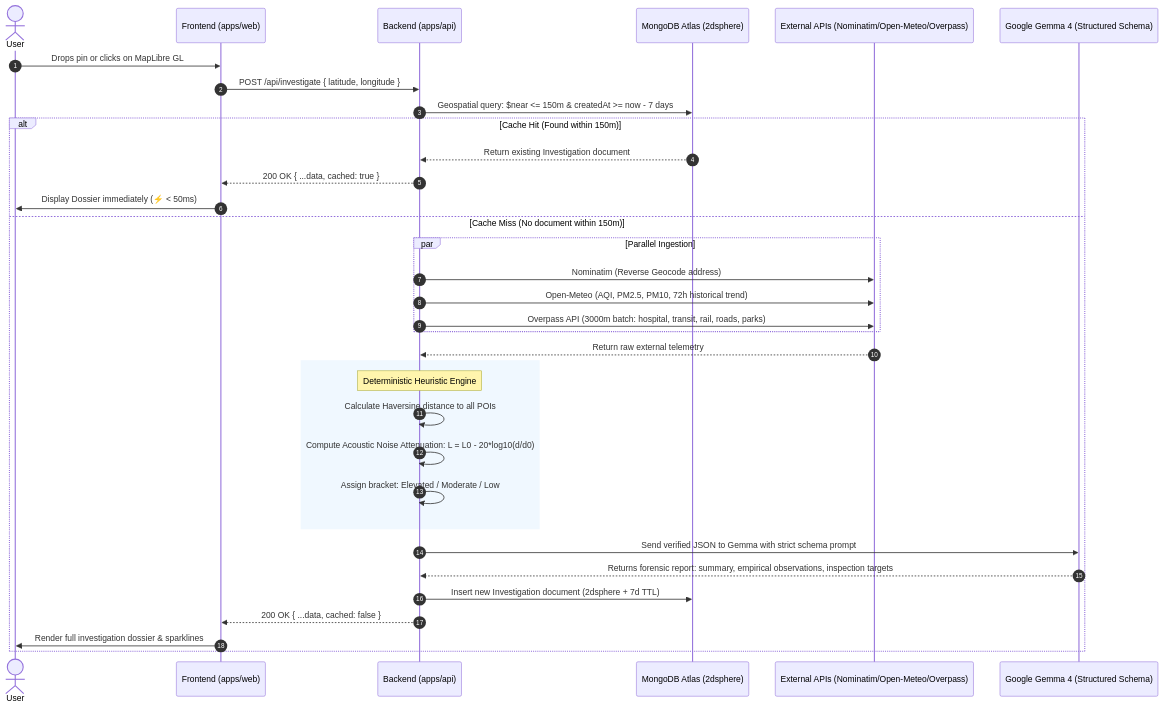
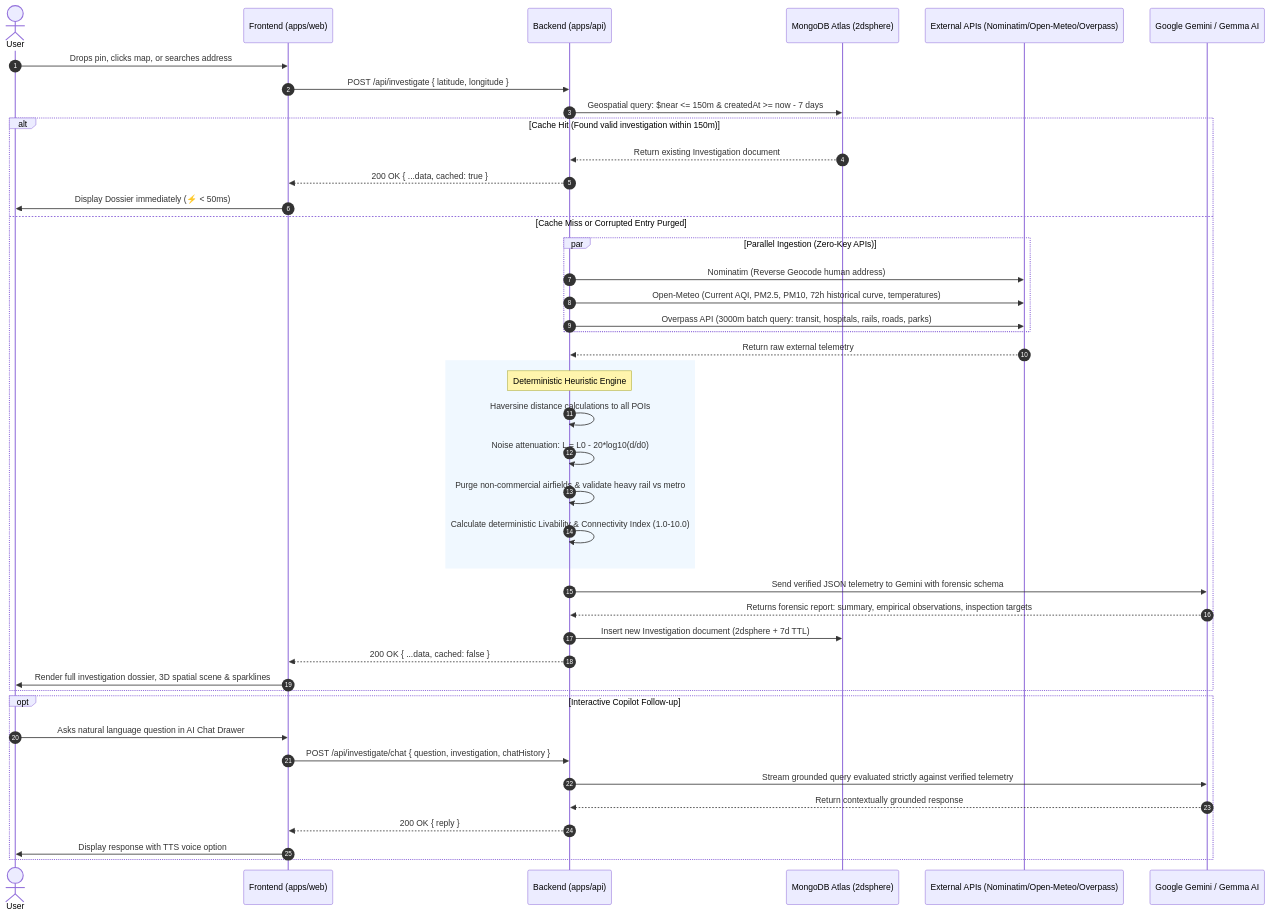
The diagram in ARCHITECTURE.md (Swapnanil-github69/Zonalyze), drawn with Mermaid before and after one commit. The commit also changed other lines of this file and 1 other file, not shown here.

Commit message:
docs: update architecture documentation and add investigate routes endpoint

````diff
--- a/ARCHITECTURE.md
+++ b/ARCHITECTURE.md
@@ -70,41 +82,52 @@
 ```mermaid
 sequenceDiagram
     autonumber
     actor User as User
     participant Web as Frontend (apps/web)
     participant API as Backend (apps/api)
     participant DB as MongoDB Atlas (2dsphere)
     participant Ext as External APIs (Nominatim/Open-Meteo/Overpass)
-    participant AI as Google Gemma 4 (Structured Schema)
+    participant AI as Google Gemini / Gemma AI
 
-    User->>Web: Drops pin or clicks on MapLibre GL
+    User->>Web: Drops pin, clicks map, or searches address
     Web->>API: POST /api/investigate { latitude, longitude }
+
     API->>DB: Geospatial query: $near <= 150m & createdAt >= now - 7 days
 
-    alt Cache Hit (Found within 150m)
+    alt Cache Hit (Found valid investigation within 150m)
         DB-->>API: Return existing Investigation document
         API-->>Web: 200 OK { ...data, cached: true }
         Web->>User: Display Dossier immediately (⚡ < 50ms)
-    else Cache Miss (No document within 150m)
-        par Parallel Ingestion
-            API->>Ext: Nominatim (Reverse Geocode address)
-            API->>Ext: Open-Meteo (AQI, PM2.5, PM10, 72h historical trend)
-            API->>Ext: Overpass API (3000m batch: hospital, transit, rail, roads, parks)
+    else Cache Miss or Corrupted Entry Purged
+        par Parallel Ingestion (Zero-Key APIs)
+            API->>Ext: Nominatim (Reverse Geocode human address)
+            API->>Ext: Open-Meteo (Current AQI, PM2.5, PM10, 72h historical curve, temperatures)
+            API->>Ext: Overpass API (3000m batch query: transit, hospitals, rails, roads, parks)
         end
         Ext-->>API: Return raw external telemetry
 
         rect rgb(240, 248, 255)
             Note over API: Deterministic Heuristic Engine
-            API->>API: Calculate Haversine distance to all POIs
-            API->>API: Compute Acoustic Noise Attenuation: L = L0 - 20*log10(d/d0)
-            API->>API: Assign bracket: Elevated / Moderate / Low
+            API->>API: Haversine distance calculations to all POIs
+            API->>API: Noise attenuation: L = L0 - 20*log10(d/d0)
+            API->>API: Purge non-commercial airfields & validate heavy rail vs metro
+            API->>API: Calculate deterministic Livability & Connectivity Index (1.0-10.0)
         end
 
-        API->>AI: Send verified JSON to Gemma with strict schema prompt
+        API->>AI: Send verified JSON telemetry to Gemini with forensic schema
         AI-->>API: Returns forensic report: summary, empirical observations, inspection targets
 
         API->>DB: Insert new Investigation document (2dsphere + 7d TTL)
         API-->>Web: 200 OK { ...data, cached: false }
-        Web->>User: Render full investigation dossier & sparklines
+        Web->>User: Render full investigation dossier, 3D spatial scene & sparklines
+    end
+
+    opt Interactive Copilot Follow-up
+        User->>Web: Asks natural language question in AI Chat Drawer
+        Web->>API: POST /api/investigate/chat { question, investigation, chatHistory }
+        API->>AI: Stream grounded query evaluated strictly against verified telemetry
+        AI-->>API: Return contextually grounded response
+        API-->>Web: 200 OK { reply }
+        Web->>User: Display response with TTS voice option
     end
 ```
````
